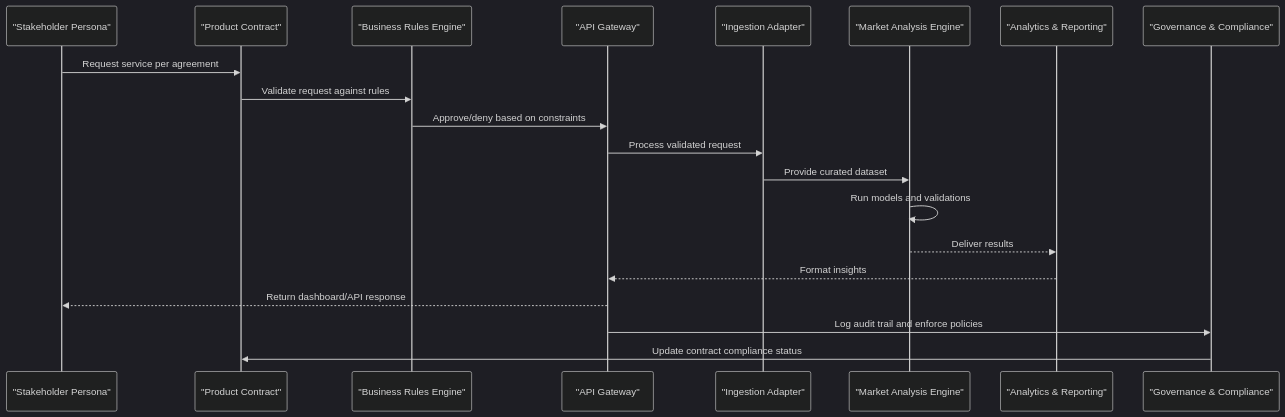
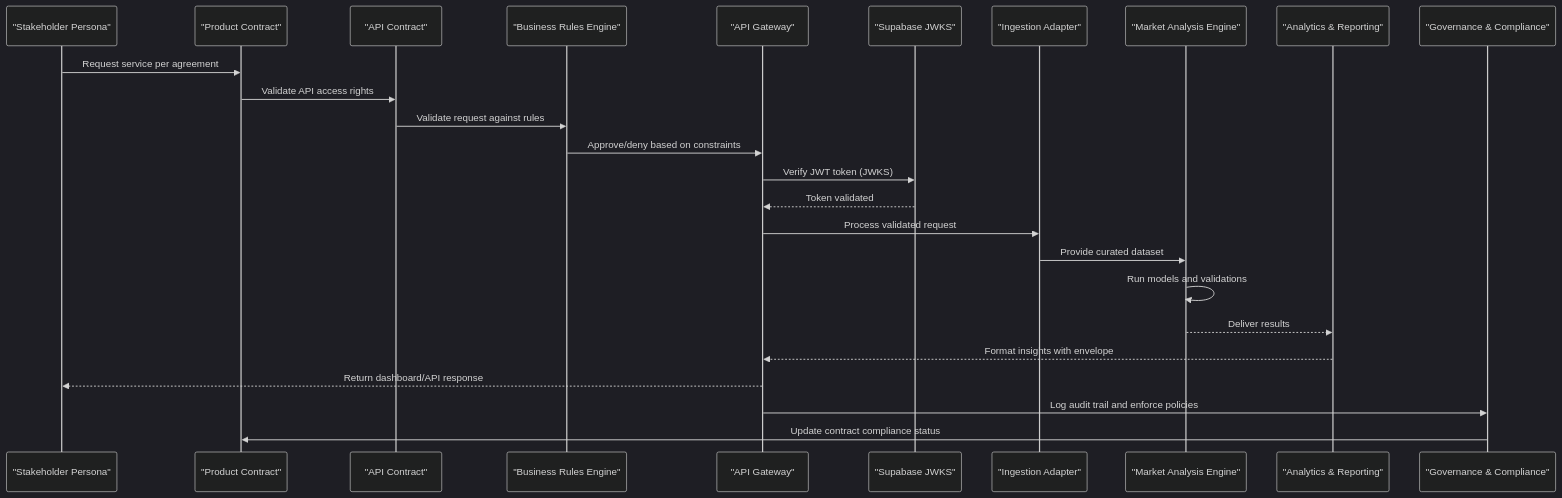
The sixth of 8 diagrams in .qoder/repowiki/en/content/Business Requirements & Analysis.md (od3n/forecastiq), drawn with Mermaid (dark theme) before and after one commit. The commit also changed other lines of this file and 3 other files, not shown here.

````diff
--- a/.qoder/repowiki/en/content/Business Requirements & Analysis.md
+++ b/.qoder/repowiki/en/content/Business Requirements & Analysis.md
@@ -283,22 +411,27 @@
 ```mermaid
 sequenceDiagram
 participant Persona as "Stakeholder Persona"
 participant Contract as "Product Contract"
+participant APIContract as "API Contract"
 participant Rules as "Business Rules Engine"
-participant API as "API Gateway"
+participant Gateway as "API Gateway"
+participant Auth as "Supabase JWKS"
 participant Ingestion as "Ingestion Adapter"
 participant Engine as "Market Analysis Engine"
 participant Reporting as "Analytics & Reporting"
 participant Governance as "Governance & Compliance"
 Persona->>Contract : Request service per agreement
-Contract->>Rules : Validate request against rules
-Rules->>API : Approve/deny based on constraints
-API->>Ingestion : Process validated request
+Contract->>APIContract : Validate API access rights
+APIContract->>Rules : Validate request against rules
+Rules->>Gateway : Approve/deny based on constraints
+Gateway->>Auth : Verify JWT token (JWKS)
+Auth-->>Gateway : Token validated
+Gateway->>Ingestion : Process validated request
 Ingestion->>Engine : Provide curated dataset
 Engine->>Engine : Run models and validations
 Engine-->>Reporting : Deliver results
-Reporting-->>API : Format insights
-API-->>Persona : Return dashboard/API response
-API->>Governance : Log audit trail and enforce policies
+Reporting-->>Gateway : Format insights with envelope
+Gateway-->>Persona : Return dashboard/API response
+Gateway->>Governance : Log audit trail and enforce policies
 Governance->>Contract : Update contract compliance status
 ```
````
